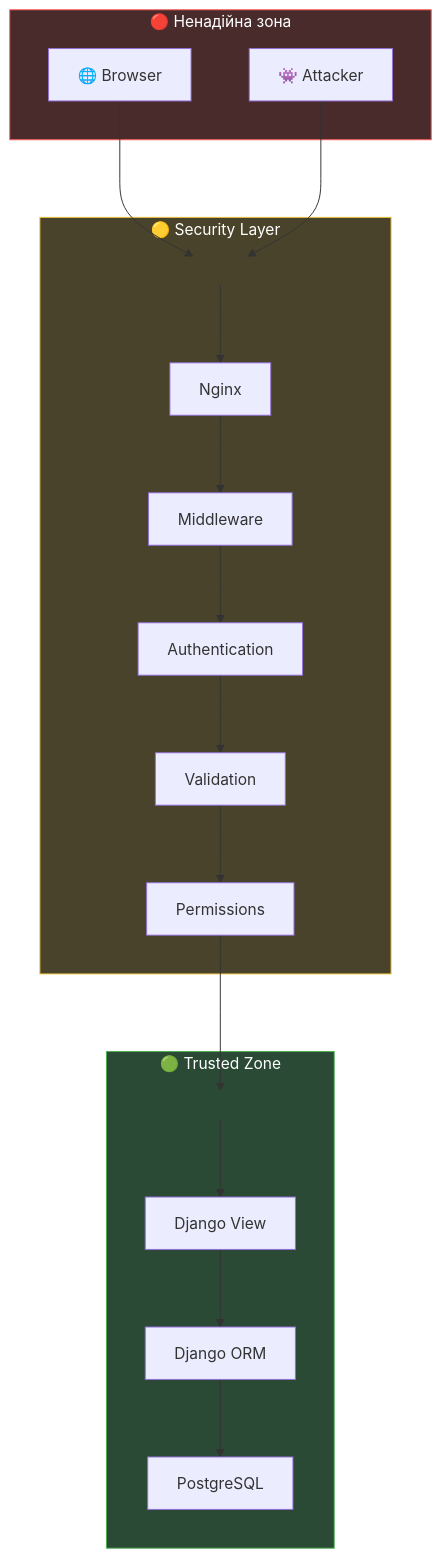
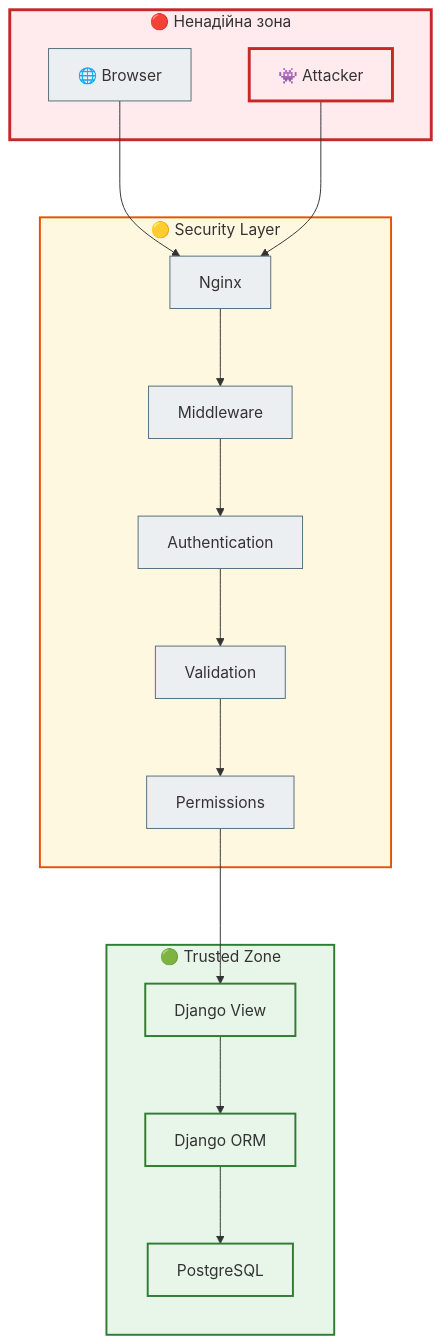
One commit to NikoriakViktot/notes_chat_app changed the third of 11 diagrams in docs/07_auth_and_security/security_foundations_full.md. Above: the diagram before and after it, drawn with Mermaid. The commit also changed other lines of this file and 441 other files, not shown here.

First line of the commit message:
Add English version of the book, Mermaid standard, docs fixes

````diff
--- a/docs/07_auth_and_security/security_foundations_full.md
+++ b/docs/07_auth_and_security/security_foundations_full.md
@@ -108,45 +120,43 @@
 ```mermaid
 %%{init: {'flowchart': {'nodeSpacing': 60, 'rankSpacing': 80}}}%%
 flowchart TD
 
     subgraph RED["🔴 Ненадійна зона"]
         Browser["🌐 Browser"]
         Attacker["👾 Attacker"]
     end
 
     subgraph YELLOW["🟡 Security Layer"]
-        SpacerY[" "]
         Nginx["Nginx"]
         Middleware["Middleware"]
         Auth["Authentication"]
         Validation["Validation"]
         Permissions["Permissions"]
     end
 
     subgraph GREEN["🟢 Trusted Zone"]
-        SpacerX[" "]
         View["Django View"]
         ORM["Django ORM"]
         DB["PostgreSQL"]
     end
 
-    Browser --> SpacerY
-    Attacker --> SpacerY
-    SpacerY --> Nginx
+    Browser --> Nginx
+    Attacker --> Nginx
 
     Nginx --> Middleware
     Middleware --> Auth
     Auth --> Validation
     Validation --> Permissions
-    Permissions --> SpacerX
-    SpacerX --> View
+    Permissions --> View
     View --> ORM
     ORM --> DB
 
-    style RED fill:#4a2b2b,stroke:#ff5c5c,color:#ffffff
-    style YELLOW fill:#4a432b,stroke:#f0c542,color:#ffffff
-    style GREEN fill:#2b4a35,stroke:#4caf50,color:#ffffff
-
-    style SpacerY fill:transparent,stroke:transparent,color:transparent
-    style SpacerX fill:transparent,stroke:transparent,color:transparent
+    classDef step     fill:#eceff1,stroke:#546e7a,stroke-width:1px;
+    classDef success  fill:#e8f5e9,stroke:#2e7d32,stroke-width:2px;
+    classDef error    fill:#ffebee,stroke:#c62828,stroke-width:3px;
+    classDef warning  fill:#fff8e1,stroke:#e65100,stroke-width:2px;
+    class Browser,Nginx,Middleware,Auth,Validation,Permissions step;
+    class Attacker,RED error;
+    class YELLOW warning;
+    class View,ORM,DB,GREEN success;
 ```
````
